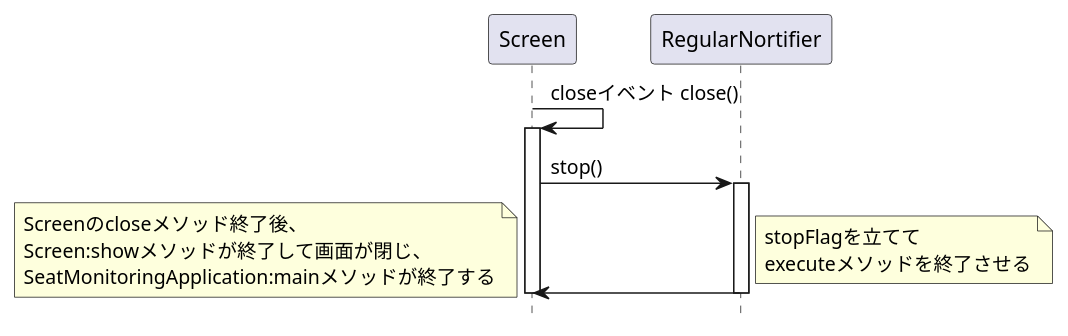
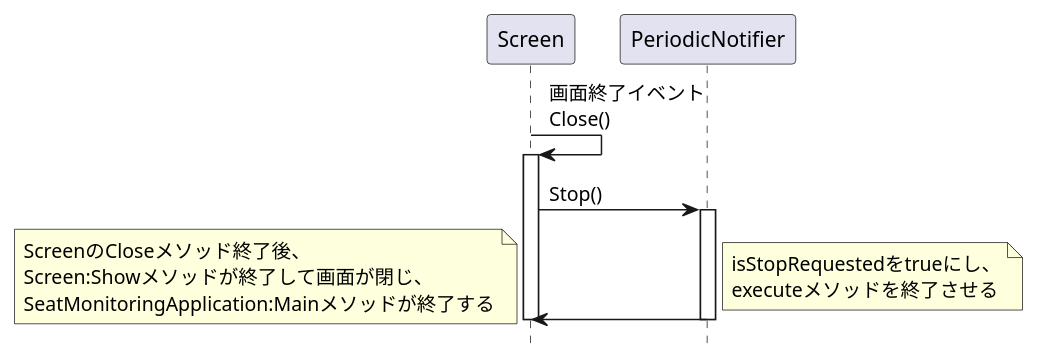
One commit to KeisukeSugita/Seat-monitoring-system changed the diagram in doc/詳細設計/構成図(.pu)/システム終了シーケンス図.pu. Above: the diagram before and after it, drawn with PlantUML. The commit also changed 5 other files, not shown here.

```diff
--- a/doc/詳細設計/構成図(.pu)/システム終了シーケンス図.pu
+++ b/doc/詳細設計/構成図(.pu)/システム終了シーケンス図.pu
@@ -1,24 +1,24 @@
 @startuml システム終了シーケンス図
 hide footbox
 
 participant "Screen" as Screen
-participant "RegularNortifier" as RegularNortifier
+participant "PeriodicNotifier" as PeriodicNotifier
 
-Screen -> Screen :closeイベント close()
+Screen -> Screen :画面終了イベント\nClose()
 activate Screen
-Screen -> RegularNortifier :stop()
-activate RegularNortifier
-Screen <- RegularNortifier
-deactivate RegularNortifier
+Screen -> PeriodicNotifier :Stop()
+activate PeriodicNotifier
+Screen <- PeriodicNotifier
+deactivate PeriodicNotifier
 deactivate Screen
 note right
-	stopFlagを立てて
+	isStopRequestedをtrueにし、
 	executeメソッドを終了させる
 end note
 note left
-	Screenのcloseメソッド終了後、
-	Screen:showメソッドが終了して画面が閉じ、
-	SeatMonitoringApplication:mainメソッドが終了する
+	ScreenのCloseメソッド終了後、
+	Screen:Showメソッドが終了して画面が閉じ、
+	SeatMonitoringApplication:Mainメソッドが終了する
 end note
 
 @enduml
```
